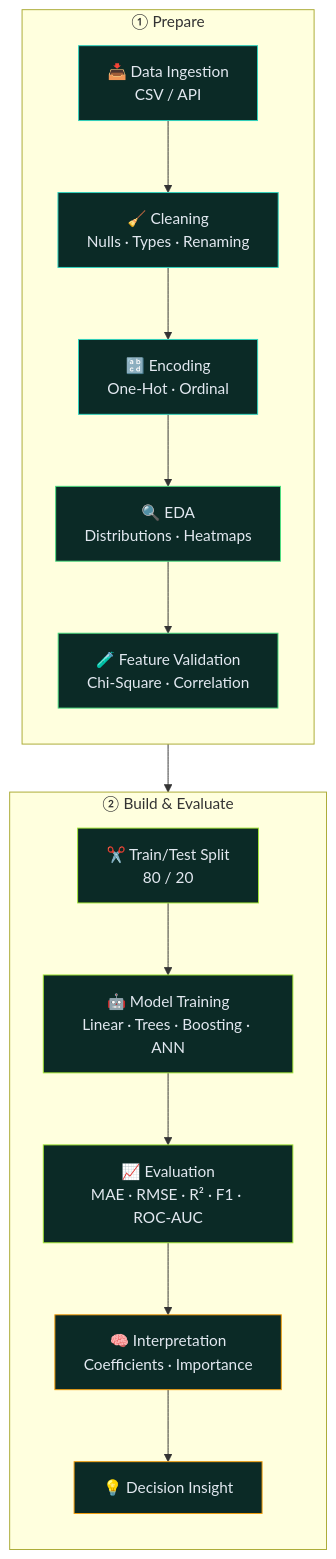
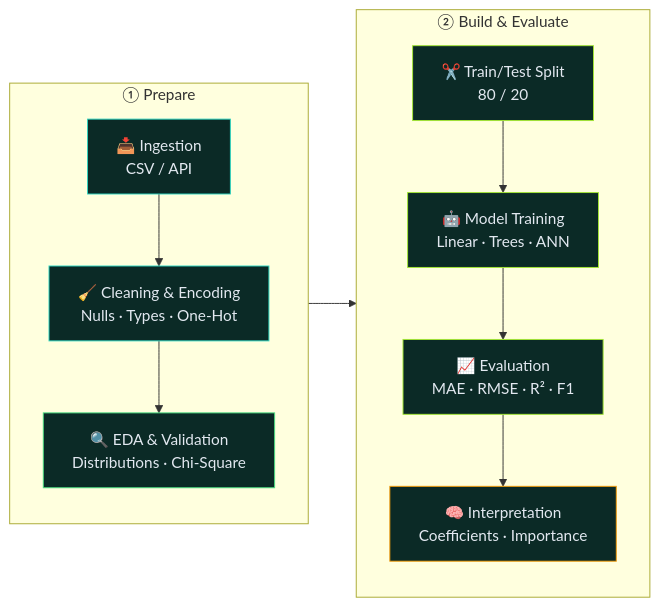
Before and after one commit to Manohargov/ML-Practice: the first of 2 diagrams in README.md, drawn with Mermaid.

Commit message:
docs: compact pipeline diagram into two grouped columns (1140x153)

````diff
--- a/README.md
+++ b/README.md
@@ -322,31 +322,25 @@
 ```mermaid
-flowchart TB
+flowchart LR
     subgraph PREP["① Prepare"]
         direction TB
-        A["📥 Data Ingestion<br/>CSV / API"] --> B["🧹 Cleaning<br/>Nulls · Types · Renaming"]
-        B --> C["🔡 Encoding<br/>One-Hot · Ordinal"]
-        C --> D["🔍 EDA<br/>Distributions · Heatmaps"]
-        D --> E["🧪 Feature Validation<br/>Chi-Square · Correlation"]
+        A["📥 Ingestion<br/>CSV / API"] --> B["🧹 Cleaning &amp; Encoding<br/>Nulls · Types · One-Hot"]
+        B --> C["🔍 EDA &amp; Validation<br/>Distributions · Chi-Square"]
     end
 
-    subgraph BUILD["② Build & Evaluate"]
+    subgraph BUILD["② Build &amp; Evaluate"]
         direction TB
-        F["✂️ Train/Test Split<br/>80 / 20"] --> G["🤖 Model Training<br/>Linear · Trees · Boosting · ANN"]
-        G --> H["📈 Evaluation<br/>MAE · RMSE · R² · F1 · ROC-AUC"]
-        H --> I["🧠 Interpretation<br/>Coefficients · Importance"]
-        I --> J["💡 Decision Insight"]
+        D["✂️ Train/Test Split<br/>80 / 20"] --> E["🤖 Model Training<br/>Linear · Trees · ANN"]
+        E --> F["📈 Evaluation<br/>MAE · RMSE · R² · F1"]
+        F --> G["🧠 Interpretation<br/>Coefficients · Importance"]
     end
 
-    E --> F
+    C --> D
 
     style A fill:#0b2a26,stroke:#2DD4BF,color:#e2e8f0
     style B fill:#0b2a26,stroke:#2DD4BF,color:#e2e8f0
-    style C fill:#0b2a26,stroke:#2DD4BF,color:#e2e8f0
-    style D fill:#0b2a26,stroke:#4ADE80,color:#e2e8f0
-    style E fill:#0b2a26,stroke:#4ADE80,color:#e2e8f0
+    style C fill:#0b2a26,stroke:#4ADE80,color:#e2e8f0
+    style D fill:#0b2a26,stroke:#A3E635,color:#e2e8f0
+    style E fill:#0b2a26,stroke:#A3E635,color:#e2e8f0
     style F fill:#0b2a26,stroke:#A3E635,color:#e2e8f0
-    style G fill:#0b2a26,stroke:#A3E635,color:#e2e8f0
-    style H fill:#0b2a26,stroke:#A3E635,color:#e2e8f0
-    style I fill:#0b2a26,stroke:#F59E0B,color:#e2e8f0
-    style J fill:#0b2a26,stroke:#F59E0B,color:#e2e8f0
+    style G fill:#0b2a26,stroke:#F59E0B,color:#e2e8f0
 ```
````
